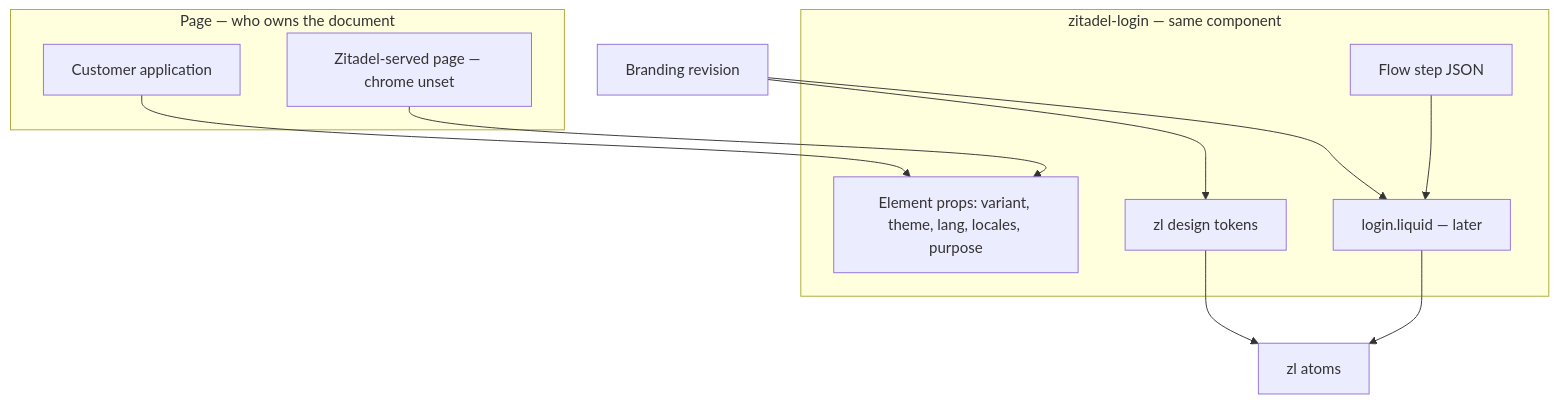
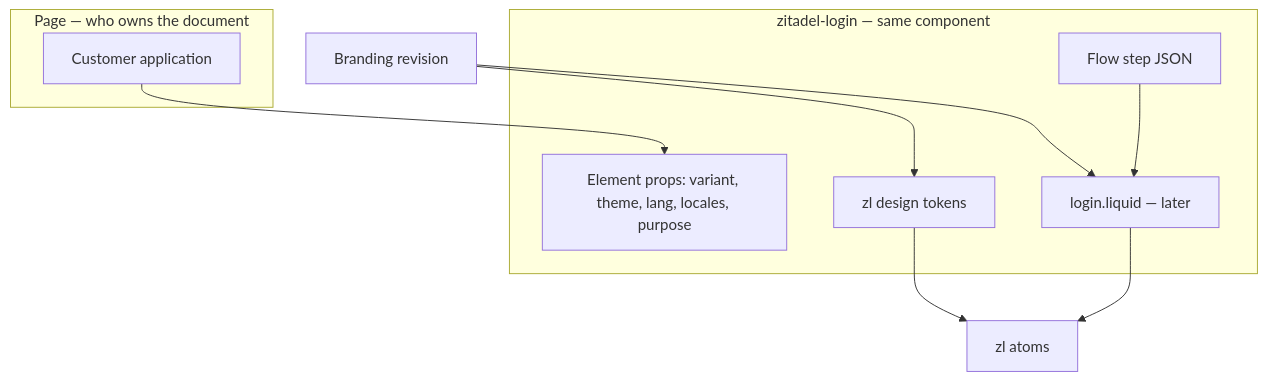
The fourth of 4 diagrams in docs/design/branding/customization-strategy.md (zitadel/nextgen), drawn with Mermaid before and after one commit. The commit also changed other lines of this file and 97 other files, not shown here.

````diff
--- a/docs/design/branding/customization-strategy.md
+++ b/docs/design/branding/customization-strategy.md
@@ -456,21 +412,19 @@
 ```mermaid
 flowchart TB
   subgraph page [Page — who owns the document]
     EmbWrap[Customer application]
-    HostWrap[Zitadel-served page — chrome unset]
   end
   subgraph widget [zitadel-login — same component]
     Props["Element props: variant, theme, lang, locales, purpose"]
     Tokens[zl design tokens]
     Liquid[login.liquid — later]
     Flow[Flow step JSON]
   end
   EmbWrap --> Props
-  HostWrap --> Props
   Branding[Branding revision]
   Branding --> Tokens
   Branding --> Liquid
   Flow --> Liquid
   Liquid --> Atoms[zl atoms]
   Tokens --> Atoms
 ```
````
